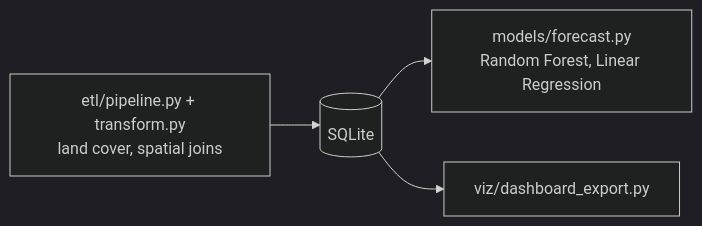
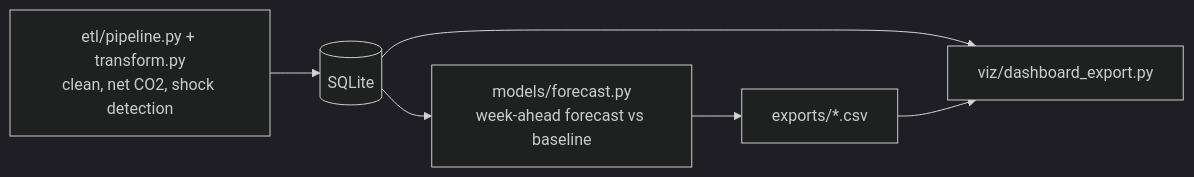
One commit to Deshraj-Jogiya/Multi-State-Land-Use-Emissions-Analysis changed the diagram in README.md. Above: the diagram before and after it, drawn with Mermaid (dark theme). The commit also changed other lines of this file and 9 other files, not shown here.

````diff
--- a/README.md
+++ b/README.md
@@ -18,6 +25,8 @@
 ```mermaid
 flowchart LR
-    E[etl/pipeline.py + transform.py<br/>land cover, spatial joins] --> DB[(SQLite)]
-    DB --> F[models/forecast.py<br/>Random Forest, Linear Regression]
+    E[etl/pipeline.py + transform.py<br/>clean, net CO2, shock detection] --> DB[(SQLite)]
+    DB --> F[models/forecast.py<br/>week-ahead forecast vs baseline]
+    F --> X[exports/*.csv]
     DB --> V[viz/dashboard_export.py]
+    X --> V
 ```
````
